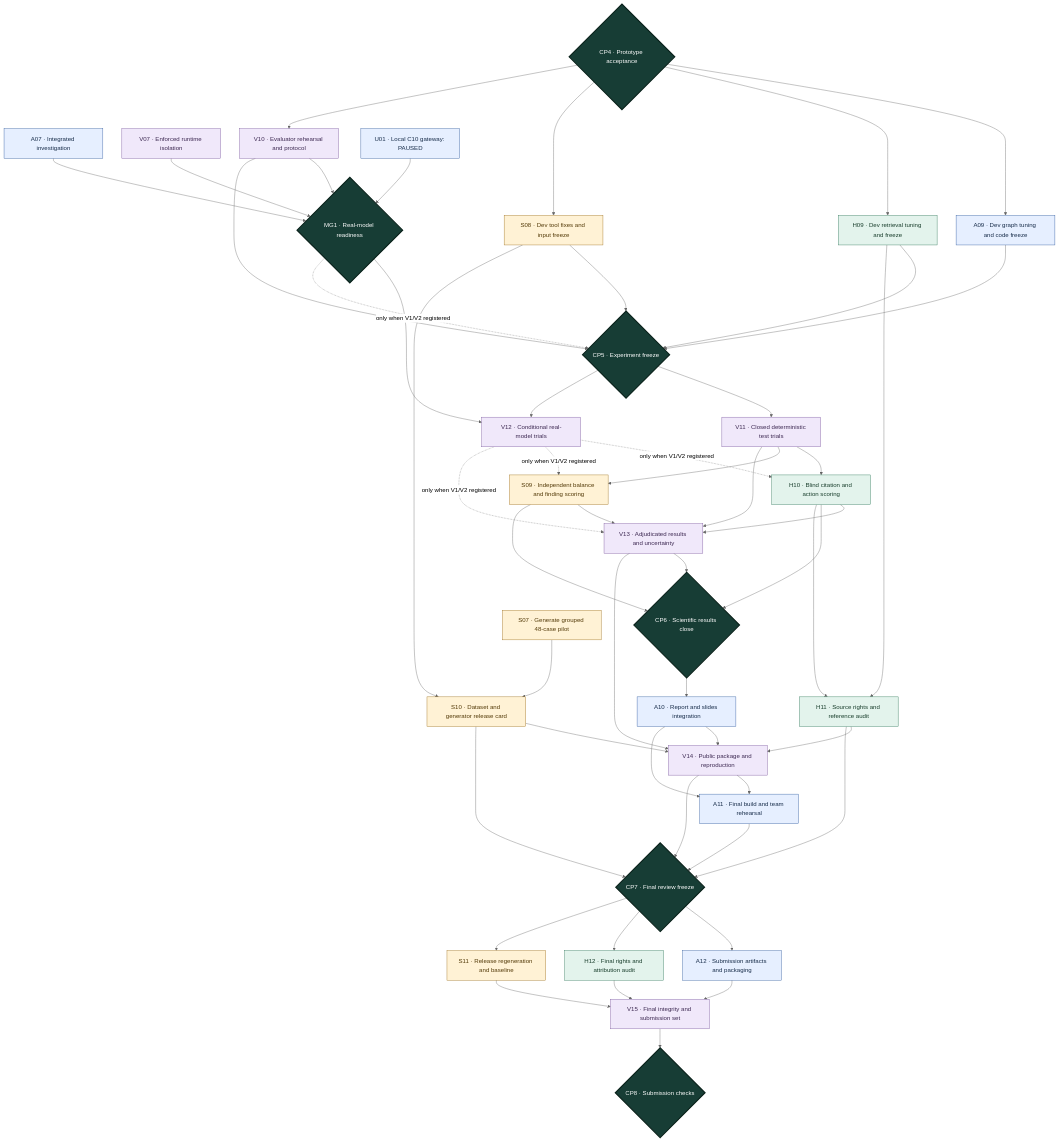
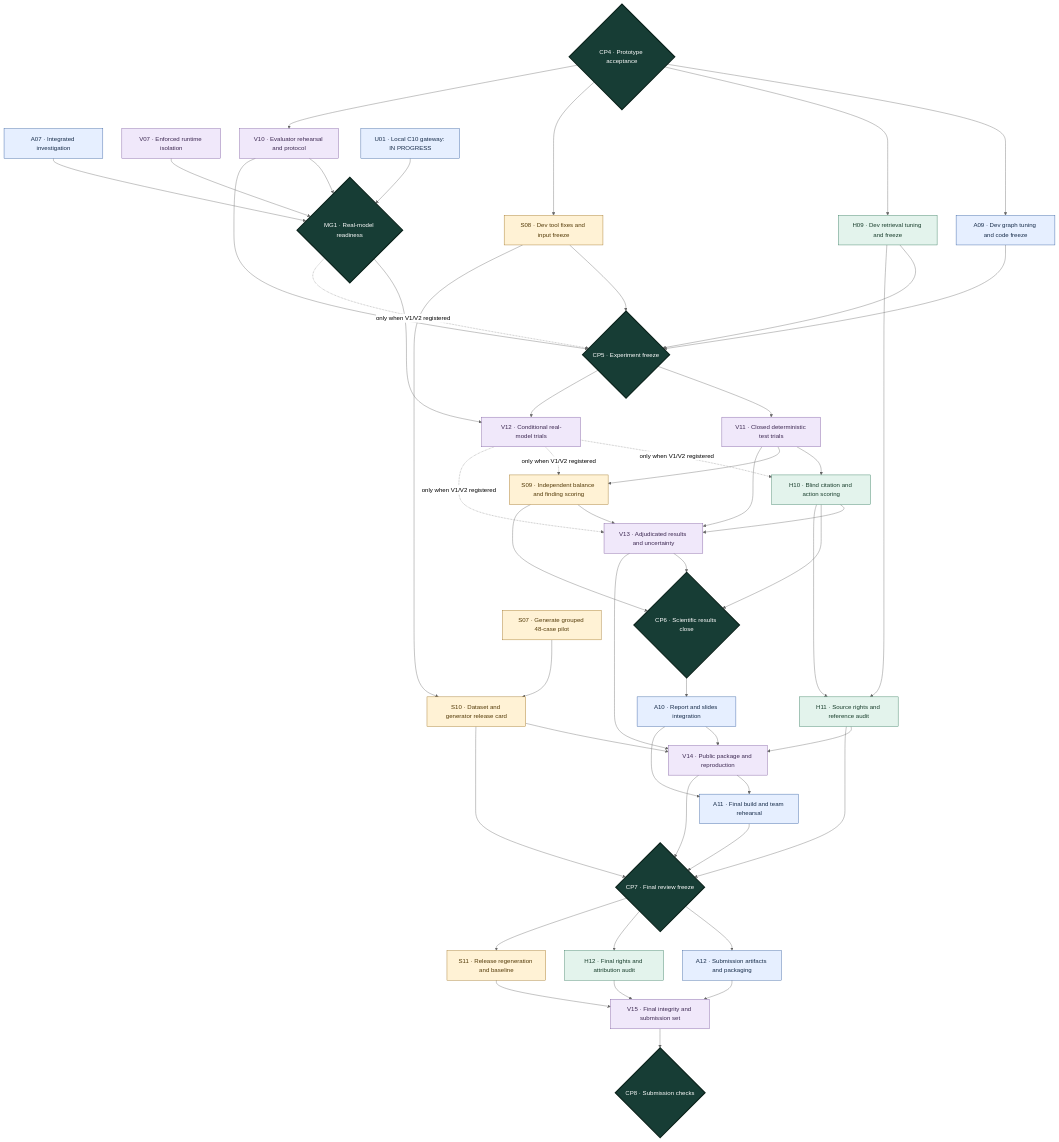
One commit to R-V-Abhishek/ReCycleGuard changed the third of 3 diagrams in implementation plan.md. Above: the diagram before and after it, drawn with Mermaid (neutral theme). The commit also changed other lines of this file and 18 other files, not shown here.

```diff
--- a/implementation plan.md
+++ b/implementation plan.md
@@ -347,7 +347,7 @@
     H09["H09 · Dev retrieval tuning and freeze"]
     S08["S08 · Dev tool fixes and input freeze"]
     V10["V10 · Evaluator rehearsal and protocol"]
-    U01["U01 · Local C10 gateway: PAUSED"]
+    U01["U01 · Local C10 gateway: IN PROGRESS"]
     MG1{"MG1 · Real-model readiness"}
     CP5{"CP5 · Experiment freeze"}
     V11["V11 · Closed deterministic test trials"]
```
